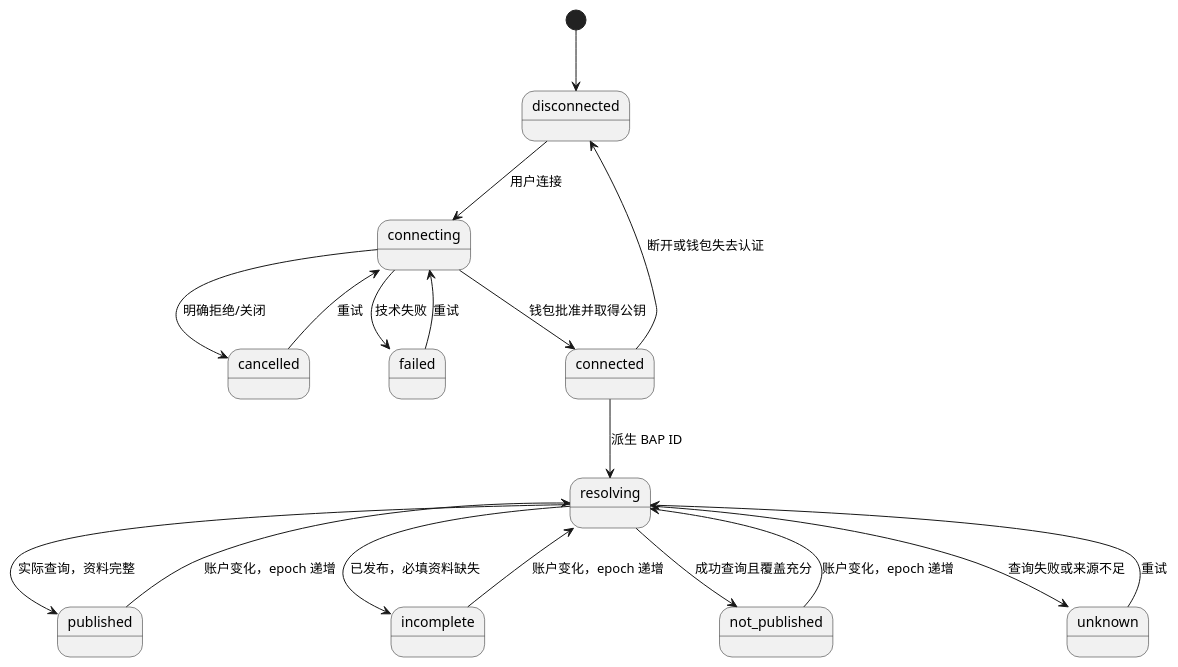
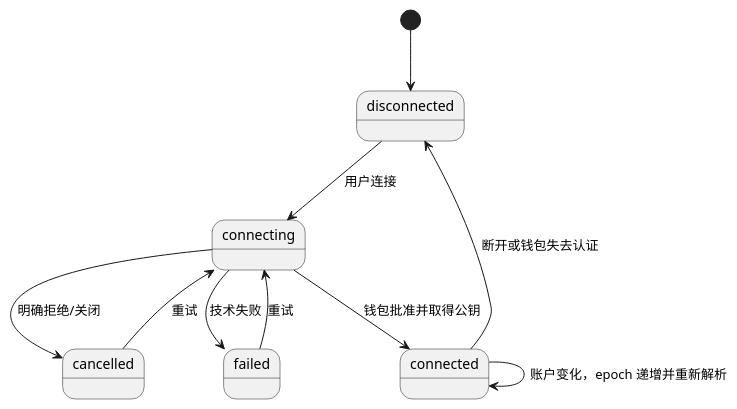
Before and after one commit to metanet4j/ownword-harness: the first of 3 diagrams in _task/system-design/spec/frontend/集成核心认知v0.1.0-20261013-183000.md, drawn with PlantUML. The commit also changed other lines of this file and 2 other files, not shown here.

````diff
--- a/_task/system-design/spec/frontend/集成核心认知v0.1.0-20261013-183000.md
+++ b/_task/system-design/spec/frontend/集成核心认知v0.1.0-20261013-183000.md
@@ -131,21 +148,13 @@
 ```plantuml
 @startuml
 [*] --> disconnected
 disconnected --> connecting : 用户连接
 connecting --> connected : 钱包批准并取得公钥
 connecting --> cancelled : 明确拒绝/关闭
 connecting --> failed : 技术失败
 cancelled --> connecting : 重试
 failed --> connecting : 重试
-connected --> resolving : 派生 BAP ID
-resolving --> published : 实际查询，资料完整
-resolving --> incomplete : 已发布，必填资料缺失
-resolving --> not_published : 成功查询且覆盖充分
-resolving --> unknown : 查询失败或来源不足
-unknown --> resolving : 重试
 connected --> disconnected : 断开或钱包失去认证
-published --> resolving : 账户变化，epoch 递增
-incomplete --> resolving : 账户变化，epoch 递增
-not_published --> resolving : 账户变化，epoch 递增
+connected --> connected : 账户变化，epoch 递增并重新解析
 @enduml
 ```
````
